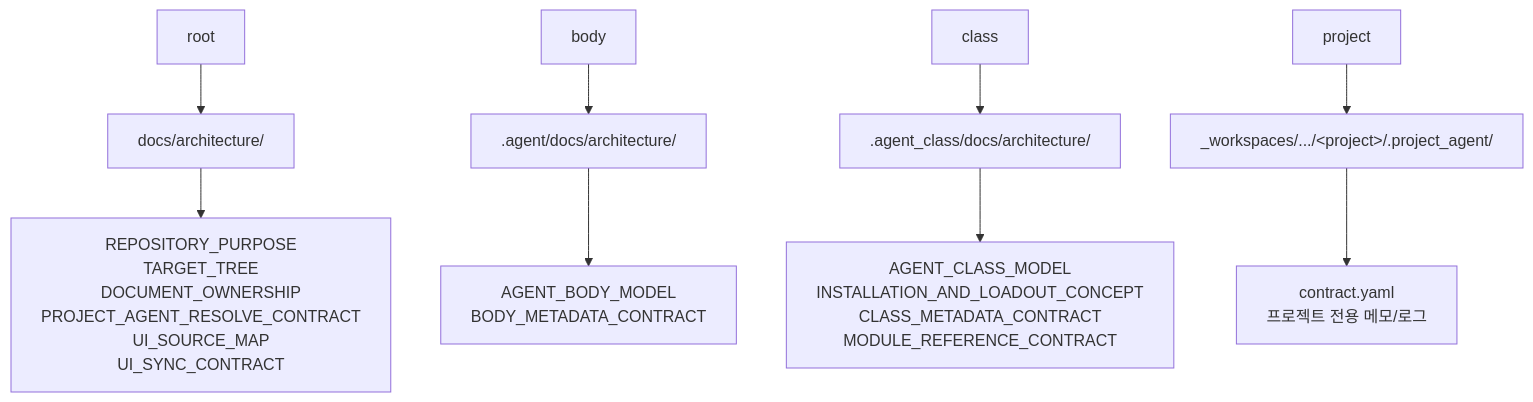
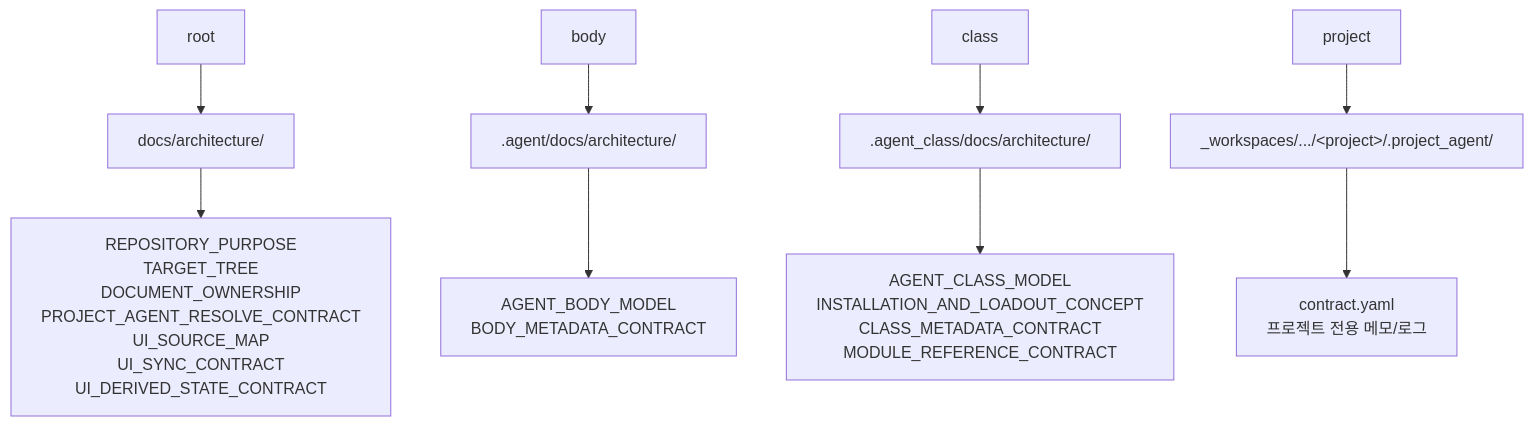
One commit to SungYongMOON/soulforge changed the diagram in docs/architecture/DOCUMENT_OWNERSHIP.md. Above: the diagram before and after it, drawn with Mermaid. The commit also changed other lines of this file and 16 other files, not shown here.

````diff
--- a/docs/architecture/DOCUMENT_OWNERSHIP.md
+++ b/docs/architecture/DOCUMENT_OWNERSHIP.md
@@ -9,11 +9,11 @@
 ```mermaid
 flowchart TD
   O1["root"] --> P1["docs/architecture/"]
   O2["body"] --> P2[".agent/docs/architecture/"]
   O3["class"] --> P3[".agent_class/docs/architecture/"]
   O4["project"] --> P4["_workspaces/.../&lt;project&gt;/.project_agent/"]
-  P1 --> E1["REPOSITORY_PURPOSE<br/>TARGET_TREE<br/>DOCUMENT_OWNERSHIP<br/>PROJECT_AGENT_RESOLVE_CONTRACT<br/>UI_SOURCE_MAP<br/>UI_SYNC_CONTRACT"]
+  P1 --> E1["REPOSITORY_PURPOSE<br/>TARGET_TREE<br/>DOCUMENT_OWNERSHIP<br/>PROJECT_AGENT_RESOLVE_CONTRACT<br/>UI_SOURCE_MAP<br/>UI_SYNC_CONTRACT<br/>UI_DERIVED_STATE_CONTRACT"]
   P2 --> E2["AGENT_BODY_MODEL<br/>BODY_METADATA_CONTRACT"]
   P3 --> E3["AGENT_CLASS_MODEL<br/>INSTALLATION_AND_LOADOUT_CONCEPT<br/>CLASS_METADATA_CONTRACT<br/>MODULE_REFERENCE_CONTRACT"]
   P4 --> E4["contract.yaml<br/>프로젝트 전용 메모/로그"]
 ```
````
